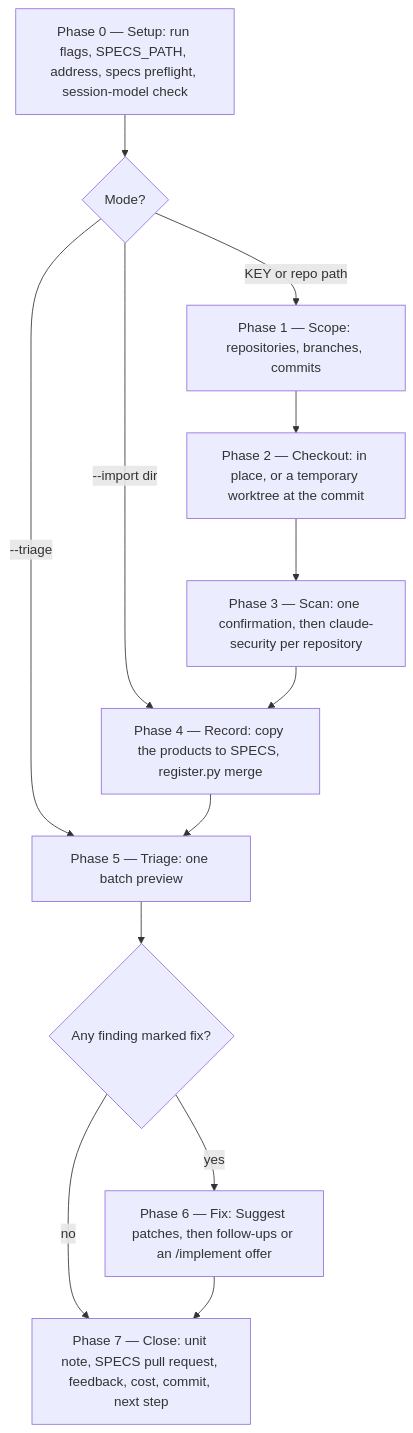
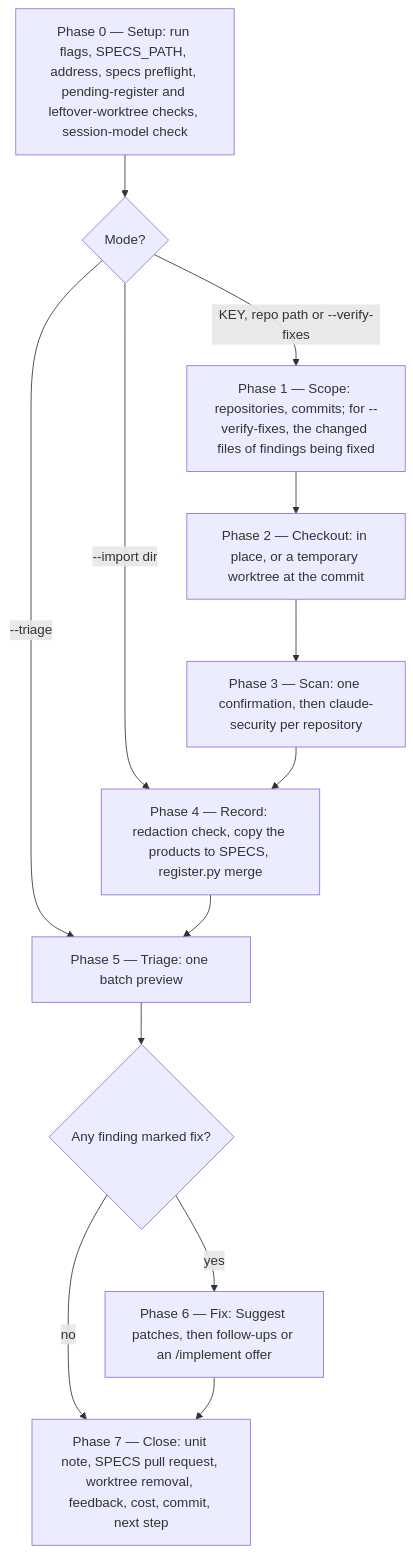
One commit to ihudak/ai-workflows changed the first of 2 diagrams in docs/superpowers/specs/2026-10-15-security-workflows-scan-design.md. Above: the diagram before and after it, drawn with Mermaid. The commit also changed other lines of this file, not shown here.

````diff
--- a/docs/superpowers/specs/2026-10-15-security-workflows-scan-design.md
+++ b/docs/superpowers/specs/2026-10-15-security-workflows-scan-design.md
@@ -118,15 +161,15 @@
 ```mermaid
 flowchart TD
-    p0["Phase 0 — Setup: run flags, SPECS_PATH, address, specs preflight, session-model check"] --> mode{"Mode?"}
-    mode -->|"KEY or repo path"| p1["Phase 1 — Scope: repositories, branches, commits"]
+    p0["Phase 0 — Setup: run flags, SPECS_PATH, address, specs preflight, pending-register and leftover-worktree checks, session-model check"] --> mode{"Mode?"}
+    mode -->|"KEY, repo path or --verify-fixes"| p1["Phase 1 — Scope: repositories, commits; for --verify-fixes, the changed files of findings being fixed"]
     mode -->|"--import dir"| p4
     mode -->|"--triage"| p5
     p1 --> p2["Phase 2 — Checkout: in place, or a temporary worktree at the commit"]
     p2 --> p3["Phase 3 — Scan: one confirmation, then claude-security per repository"]
-    p3 --> p4["Phase 4 — Record: copy the products to SPECS, register.py merge"]
+    p3 --> p4["Phase 4 — Record: redaction check, copy the products to SPECS, register.py merge"]
     p4 --> p5["Phase 5 — Triage: one batch preview"]
     p5 --> fixq{"Any finding marked fix?"}
     fixq -->|"yes"| p6["Phase 6 — Fix: Suggest patches, then follow-ups or an /implement offer"]
     fixq -->|"no"| p7
-    p6 --> p7["Phase 7 — Close: unit note, SPECS pull request, feedback, cost, commit, next step"]
+    p6 --> p7["Phase 7 — Close: unit note, SPECS pull request, worktree removal, feedback, cost, commit, next step"]
 ```
````
